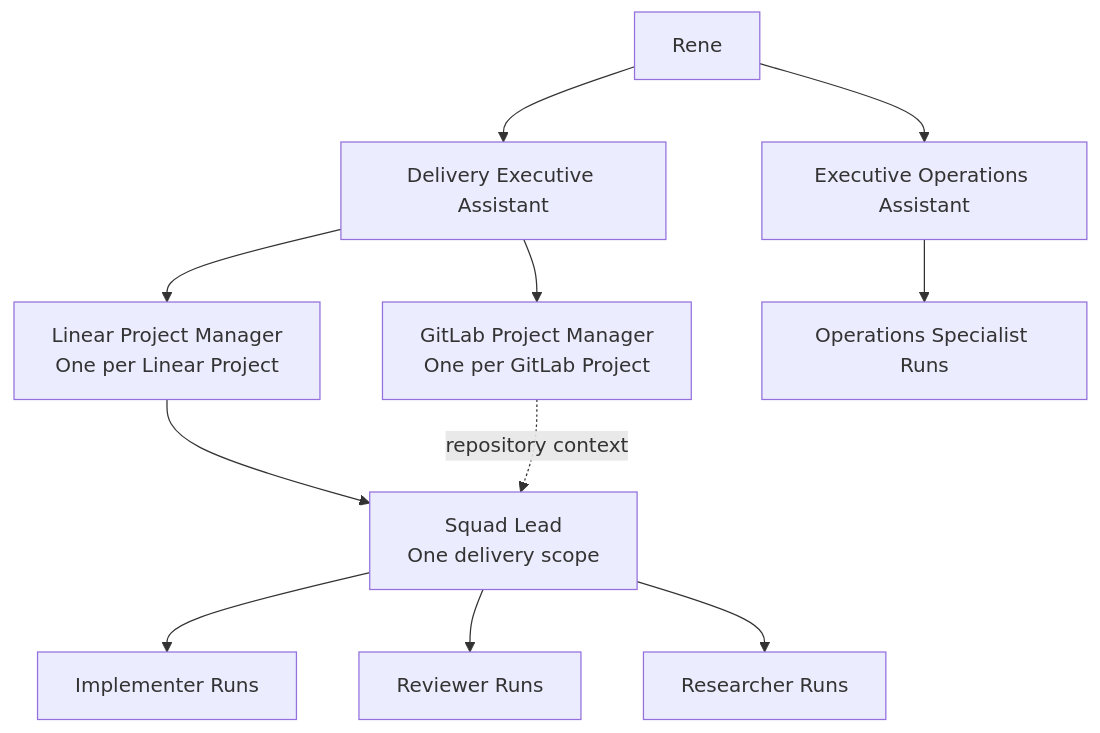
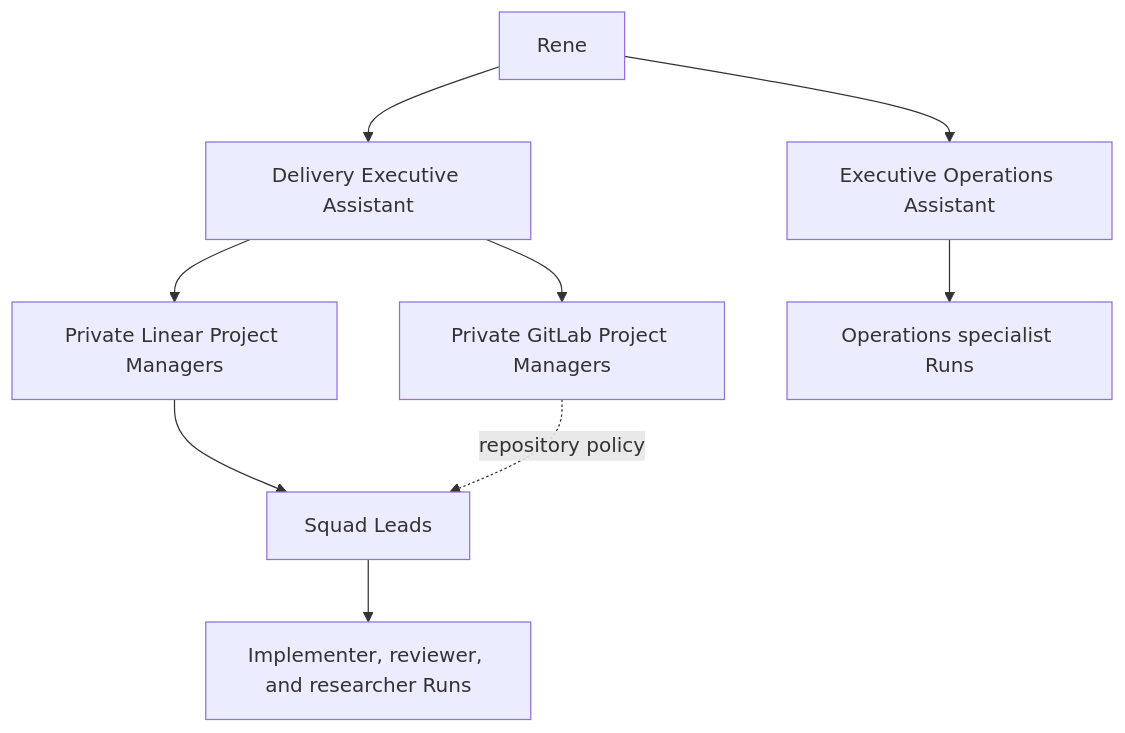
The second of 2 diagrams in docs/agent-workspaces.md (renehernandez/ai), drawn with Mermaid before and after one commit. The commit also changed other lines of this file and 50 other files, not shown here.

````diff
--- a/docs/agent-workspaces.md
+++ b/docs/agent-workspaces.md
@@ -17,13 +37,11 @@
 ```mermaid
 flowchart TD
   Rene --> DeliveryEA["Delivery Executive Assistant"]
   Rene --> OperationsEA["Executive Operations Assistant"]
-  DeliveryEA --> LPM["Linear Project Manager\nOne per Linear Project"]
-  DeliveryEA --> GPM["GitLab Project Manager\nOne per GitLab Project"]
-  LPM --> Squad["Squad Lead\nOne delivery scope"]
-  GPM -. repository context .-> Squad
-  Squad --> Implementer["Implementer Runs"]
-  Squad --> Reviewer["Reviewer Runs"]
-  Squad --> Researcher["Researcher Runs"]
-  OperationsEA --> Operations["Operations Specialist Runs"]
+  DeliveryEA --> LPM["Private Linear Project Managers"]
+  DeliveryEA --> GPM["Private GitLab Project Managers"]
+  LPM --> Squad["Squad Leads"]
+  GPM -. repository policy .-> Squad
+  Squad --> Runs["Implementer, reviewer, and researcher Runs"]
+  OperationsEA --> OpsRuns["Operations specialist Runs"]
 ```
````
